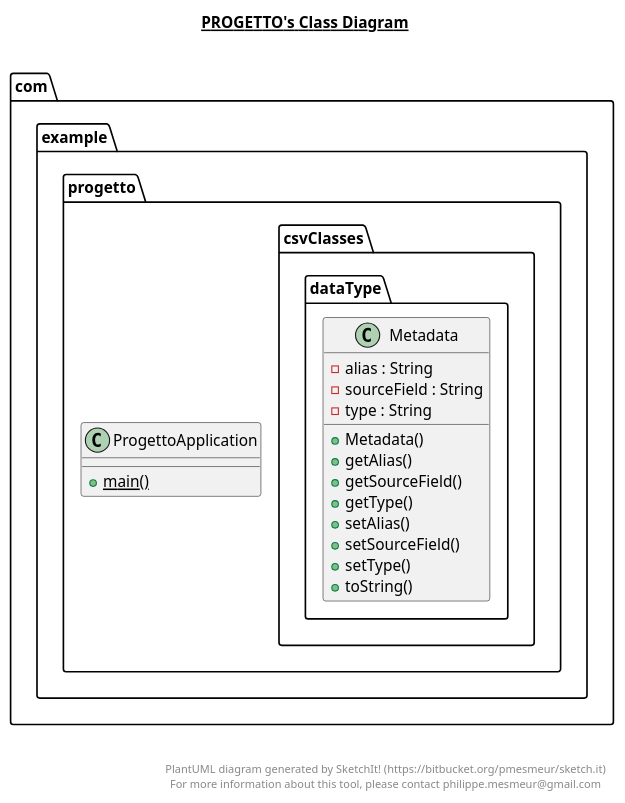
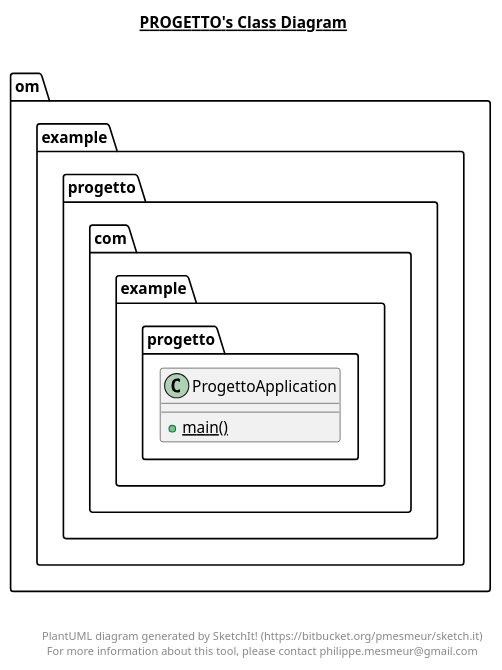
One commit to defo-cris/progetto-programmazione-ad-oggetti-java changed the diagram in src/main/java/com/example/progetto/progetto.plantuml. Above: the diagram before and after it, drawn with PlantUML. The commit also changed 9 other files, not shown here.

```diff
--- a/src/main/java/com/example/progetto/progetto.plantuml
+++ b/src/main/java/com/example/progetto/progetto.plantuml
@@ -1,39 +1,22 @@
 @startuml
 
 title __PROGETTO's Class Diagram__\n
 
-
-    namespace com.example.progetto {
-      class com.example.progetto.csvClasses.dataType.Metadata {
-          - alias : String
-          - sourceField : String
-          - type : String
-          + Metadata()
-          + getAlias()
-          + getSourceField()
-          + getType()
-          + setAlias()
-          + setSourceField()
-          + setType()
-          + toString()
-      }
-    }
-
-    namespace com.example.progetto {
+    namespace om.example.progetto {
       class com.example.progetto.ProgettoApplication {
           {static} + main()
       }
     }
 
   
 
 
 
 right footer
 
 
 PlantUML diagram generated by SketchIt! (https://bitbucket.org/pmesmeur/sketch.it)
 For more information about this tool, please contact philippe.mesmeur@gmail.com
 endfooter
 
 @enduml
```
